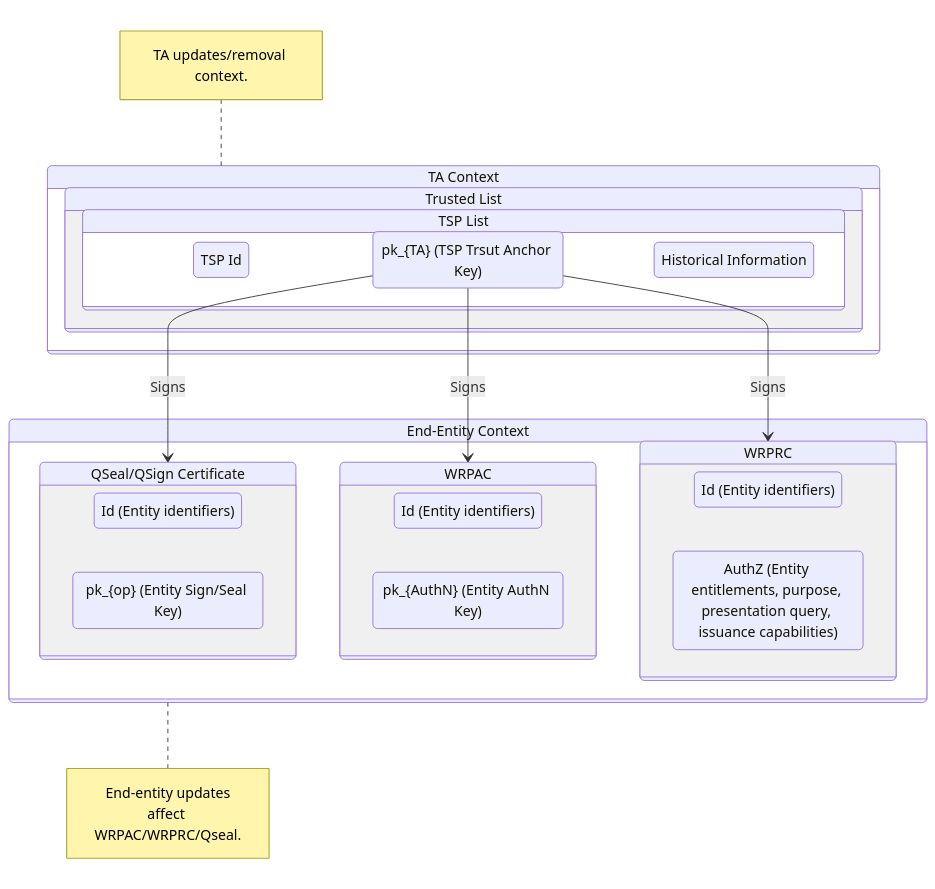
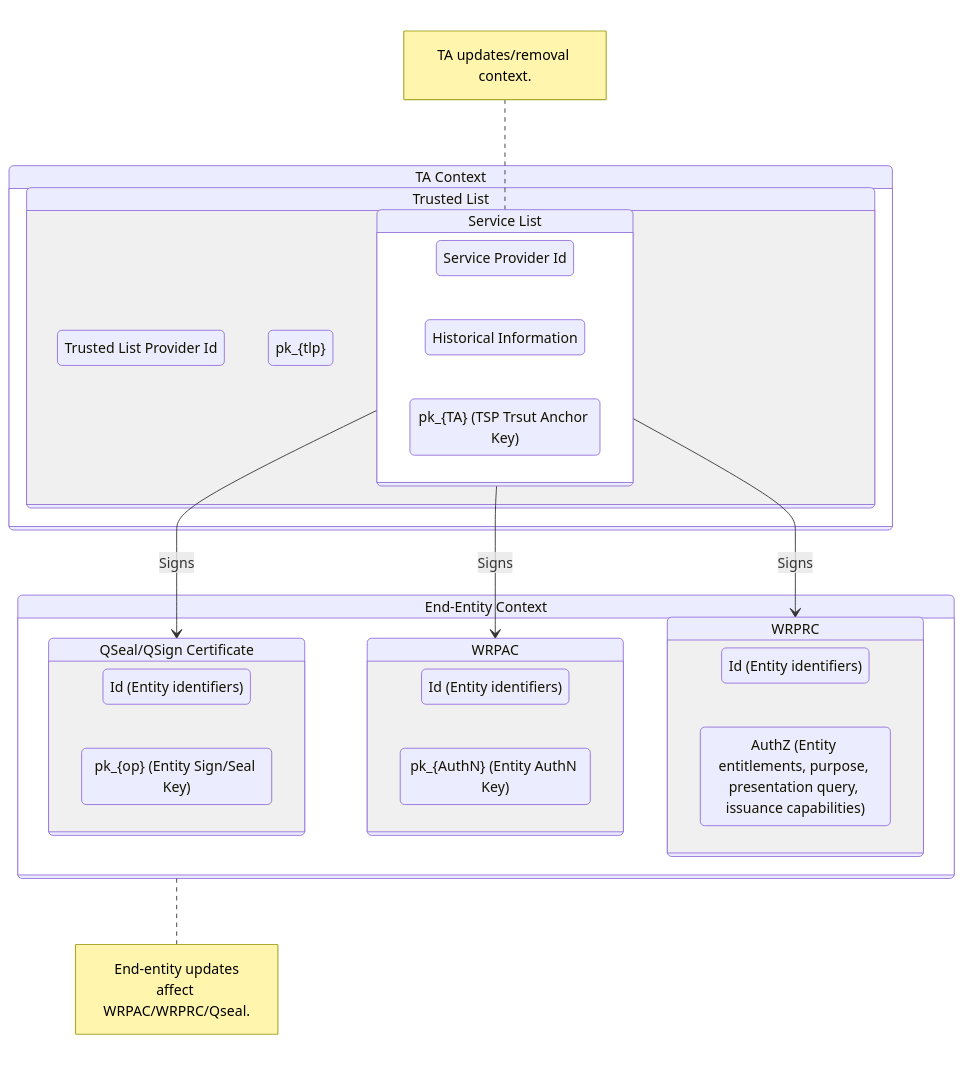
The second of 7 diagrams in docs/topics/trust-management-process.md (APTITUDE-Consortium/wp2-trust-specifications), drawn with Mermaid before and after one commit. The commit also changed other lines of this file, not shown here.

````diff
--- a/docs/topics/trust-management-process.md
+++ b/docs/topics/trust-management-process.md
@@ -175,55 +176,57 @@
 ```mermaid
 stateDiagram-v2
-    
     %% state "pk_{TLP}" as pkTLP
     %% Left Side: Trust Provisioning
     state "TA Context " as LeftContext {
 
         state "Trusted List" as TL_Box {
-            state "TSP List" as TSP_Box {
+            direction LR
+            tlp: Trusted List Provider Id
+            tlpkey: pk_{tlp} 
+            state "Service List" as TSP_Box {
                 direction LR
-                TSPs: TSP Id
+                TSPs: Service Provider Id
+                hinfo: Historical Information
                 pkTA: pk_{TA} (TSP Trsut Anchor Key)
-                hinfo: Historical Information
             }
         }
 
         %%pkTLP --> TL_Box : Signed by TLP
     }
 
     %% Right Side: End-Entity Updates
     state "End-Entity Context" as RightContext {
         state "QSeal/QSign Certificate" as Q_Cert {
             direction LR
             id1: Id (Entity identifiers)
             pkop: pk_{op} (Entity Sign/Seal Key)
         }
 
         state "WRPAC" as WRPAC_Cert {
             direction LR
             id2: Id (Entity identifiers)
             pkAuth: pk_{AuthN} (Entity AuthN Key)
         }
 
         state "WRPRC" as WRPRC_Cert {
             direction LR
             id: Id (Entity identifiers)
             authz: AuthZ (Entity entitlements, purpose, presentation query, issuance capabilities)
         }
     }
 
     %% Connection Arrows (The Trust Anchoring)
-    pkTA --> Q_Cert : Signs
-    pkTA --> WRPAC_Cert : Signs
-    pkTA --> WRPRC_Cert : Signs
+    TSP_Box --> Q_Cert : Signs
+    TSP_Box --> WRPAC_Cert : Signs
+    TSP_Box --> WRPRC_Cert : Signs
 
     %% Clarifying Notes
-    note left of LeftContext
+    note left of TSP_Box
         TA updates/removal context.
     end note
 
     note right of RightContext
         End-entity updates
         affect WRPAC/WRPRC/Qseal.
     end note
 ```
````
